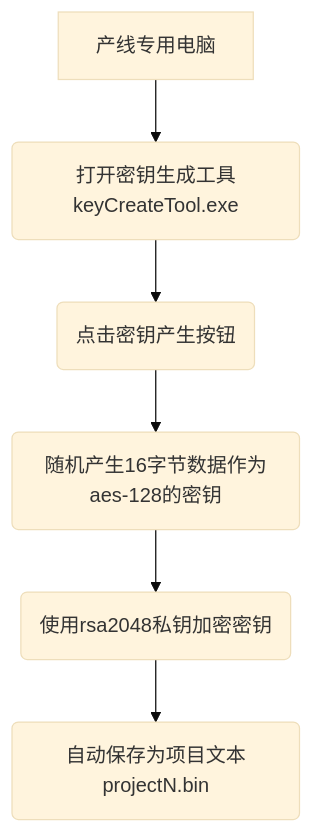
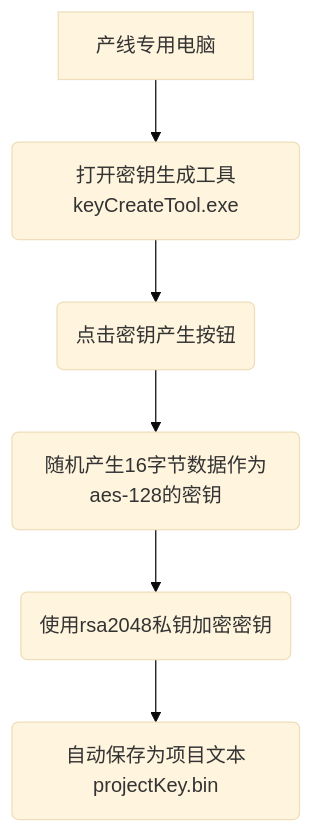
The diagram in all/未命名-3.md (facebook-cloud/iodraw-files), drawn with Mermaid (base theme) before and after one commit.

Commit message:
2026-01-05 15:00:32 update

````diff
--- a/all/未命名-3.md
+++ b/all/未命名-3.md
@@ -1,9 +1,9 @@
 ```mermaid
 graph TD
     A[产线专用电脑] --> B(打开密钥生成工具keyCreateTool.exe)
     B --> C(点击密钥产生按钮)
     C --> D(随机产生16字节数据作为aes-128的密钥)
     D --> E(使用rsa2048私钥加密密钥)
-    E --> F(自动保存为项目文本projectN.bin)
+    E --> F(自动保存为项目文本projectKey.bin)
 
 ```
````
